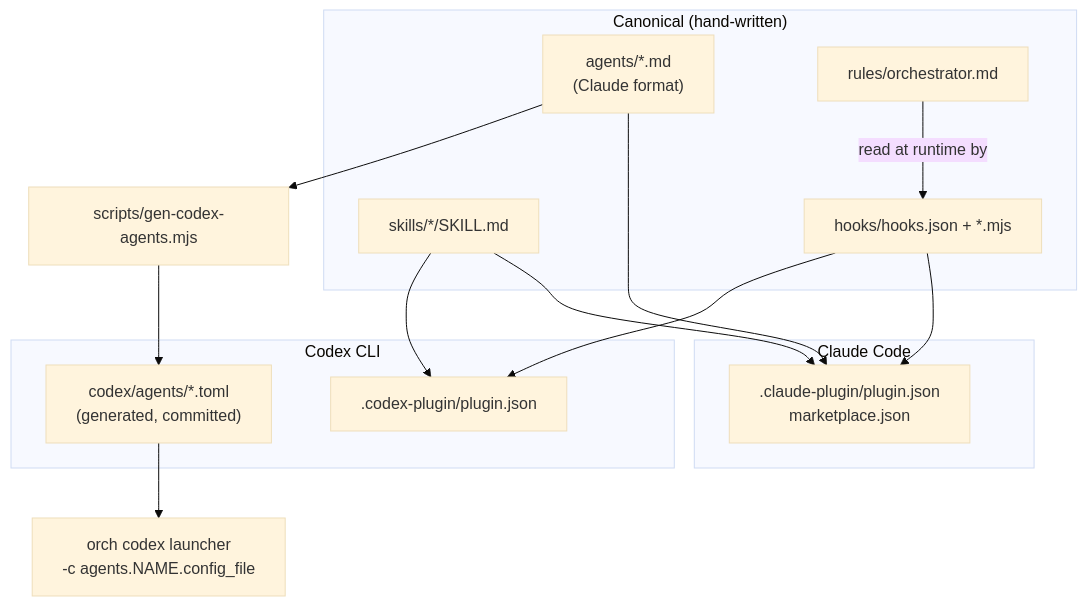
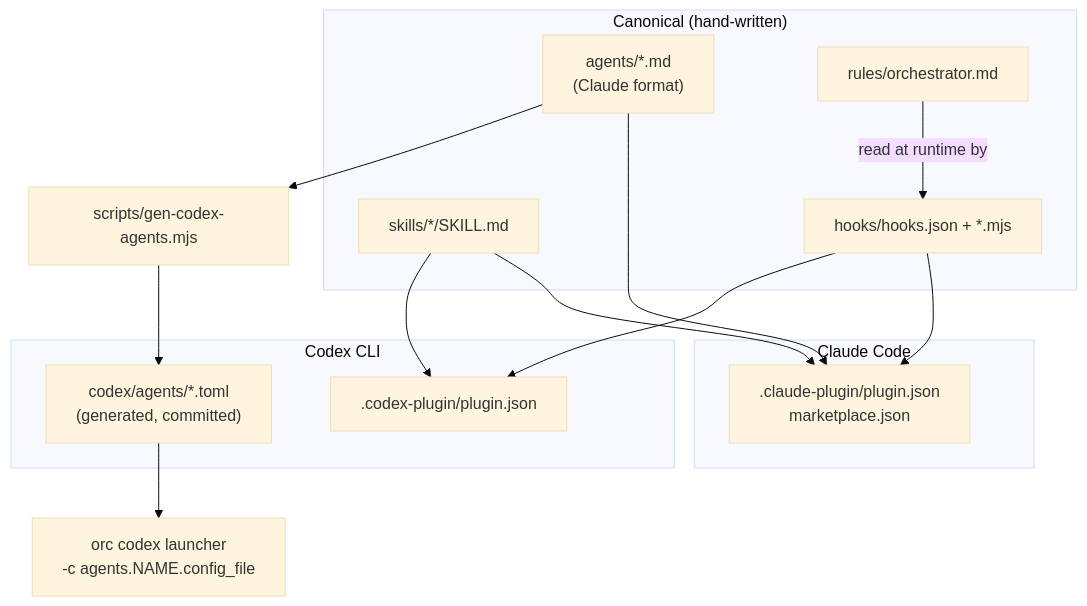
One commit to crafts69guy/orchestra changed the second of 9 diagrams in docs/ARCHITECTURE.md. Above: the diagram before and after it, drawn with Mermaid (base theme). The commit also changed other lines of this file and 65 other files, not shown here.

First line of the commit message:
feat!: rename orch to orc (v0.12.0)

````diff
--- a/docs/ARCHITECTURE.md
+++ b/docs/ARCHITECTURE.md
@@ -61,26 +61,26 @@
 ```mermaid
 flowchart TB
   subgraph canonical["Canonical (hand-written)"]
     agents["agents/*.md<br/>(Claude format)"]
     rules["rules/orchestrator.md"]
     skills["skills/*/SKILL.md"]
     hooks["hooks/hooks.json + *.mjs"]
   end
   subgraph claude["Claude Code"]
     cman[".claude-plugin/plugin.json<br/>marketplace.json"]
   end
   subgraph codex["Codex CLI"]
     xman[".codex-plugin/plugin.json"]
     toml["codex/agents/*.toml<br/>(generated, committed)"]
   end
   gen["scripts/gen-codex-agents.mjs"]
-  inst["orch codex launcher<br/>-c agents.NAME.config_file"]
+  inst["orc codex launcher<br/>-c agents.NAME.config_file"]
 
   agents --> cman
   skills --> cman
   hooks --> cman
   agents --> gen --> toml --> inst
   skills --> xman
   hooks --> xman
   rules -->|"read at runtime by"| hooks
 ```
````
